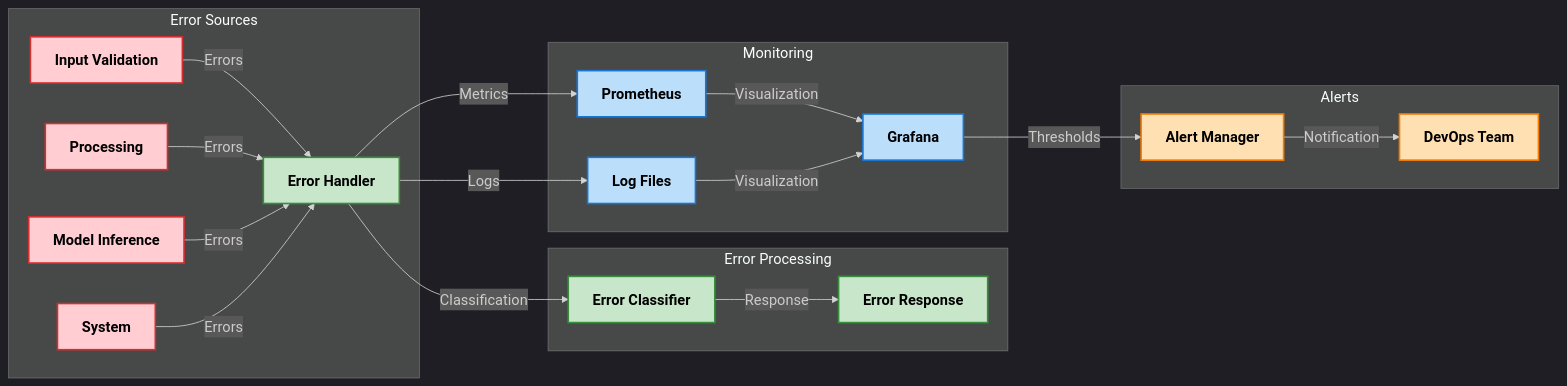
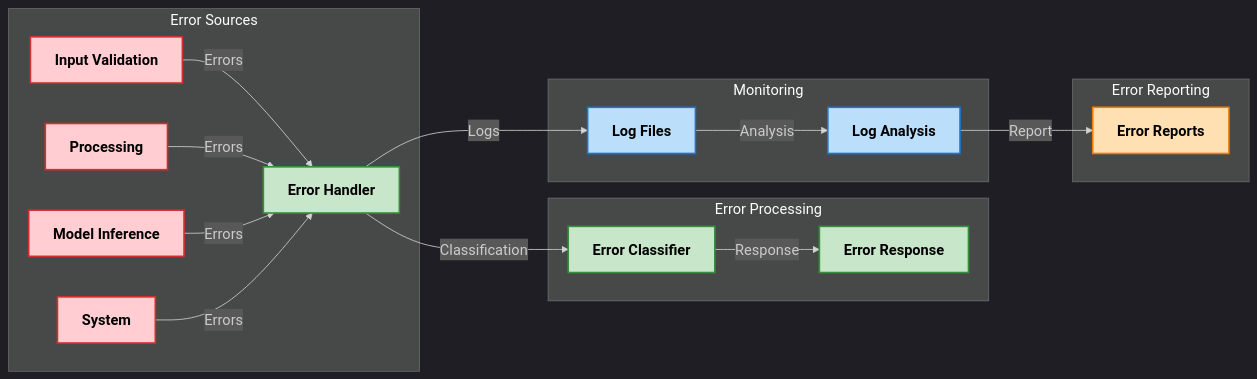
One commit to Dhruv0306/SymphonyProject1 changed the seventh of 9 diagrams in README.md. Above: the diagram before and after it, drawn with Mermaid. The commit also changed other lines of this file, not shown here.

````diff
--- a/README.md
+++ b/README.md
@@ -376,38 +378,34 @@
 ```mermaid
 %%{init: {'theme': 'dark', 'themeVariables': { 'fontFamily': 'arial', 'fontSize': '18px', 'fontWeight': 'bold'}}}%%
 graph LR
     subgraph "Error Sources"
         style A1 fill:#ffcdd2,stroke:#d32f2f,stroke-width:2px,color:#000000,font-weight:bold
         style A2 fill:#ffcdd2,stroke:#d32f2f,stroke-width:2px,color:#000000,font-weight:bold
         style A3 fill:#ffcdd2,stroke:#d32f2f,stroke-width:2px,color:#000000,font-weight:bold
         style A4 fill:#ffcdd2,stroke:#d32f2f,stroke-width:2px,color:#000000,font-weight:bold
         A1["Input Validation"] -->|"Errors"| B["Error Handler"]
         A2["Processing"] -->|"Errors"| B
         A3["Model Inference"] -->|"Errors"| B
         A4["System"] -->|"Errors"| B
     end
 
     subgraph "Error Processing"
         style B fill:#c8e6c9,stroke:#388e3c,stroke-width:2px,color:#000000,font-weight:bold
         style C fill:#c8e6c9,stroke:#388e3c,stroke-width:2px,color:#000000,font-weight:bold
         style D fill:#c8e6c9,stroke:#388e3c,stroke-width:2px,color:#000000,font-weight:bold
         B -->|"Classification"| C["Error Classifier"]
         C -->|"Response"| D["Error Response"]
     end
 
     subgraph "Monitoring"
         style E fill:#bbdefb,stroke:#1976d2,stroke-width:2px,color:#000000,font-weight:bold
         style F fill:#bbdefb,stroke:#1976d2,stroke-width:2px,color:#000000,font-weight:bold
-        style G fill:#bbdefb,stroke:#1976d2,stroke-width:2px,color:#000000,font-weight:bold
-        B -->|"Metrics"| E["Prometheus"]
         B -->|"Logs"| F["Log Files"]
-        E & F -->|"Visualization"| G["Grafana"]
+        F -->|"Analysis"| E["Log Analysis"]
     end
 
-    subgraph "Alerts"
+    subgraph "Error Reporting"
         style H fill:#ffe0b2,stroke:#f57c00,stroke-width:2px,color:#000000,font-weight:bold
-        style I fill:#ffe0b2,stroke:#f57c00,stroke-width:2px,color:#000000,font-weight:bold
-        G -->|"Thresholds"| H["Alert Manager"]
-        H -->|"Notification"| I["DevOps Team"]
+        E -->|"Report"| H["Error Reports"]
     end
 ```
````
